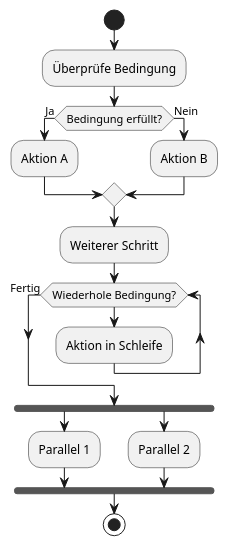
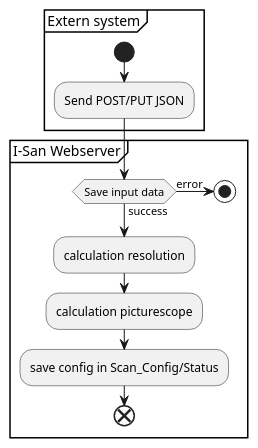
The second of 4 diagrams in docs/diagram/FlowDiagrams_API_Webserver.puml (Nr44suessauer/I-Scan), drawn with PlantUML before and after one commit. The commit also changed other lines of this file and 4 other files, not shown here.

Commit message:
update diagram scan config

```diff
--- a/docs/diagram/FlowDiagrams_API_Webserver.puml
+++ b/docs/diagram/FlowDiagrams_API_Webserver.puml
@@ -40,23 +40,22 @@
-@startuml Config lighting
-start
+@startuml Scan config
 
-:Überprüfe Bedingung;
-if (Bedingung erfüllt?) then (Ja)
-    :Aktion A;
-else (Nein)
-    :Aktion B;
+partition "Extern system" {
+    start
+    :Send POST/PUT JSON;
+}
+
+
+partition "I-San Webserver" {
+    if (Save input data) then (error)
+    stop
+else (success)
 endif
 
-:Weiterer Schritt;
-while (Wiederhole Bedingung?)
-    :Aktion in Schleife;
-endwhile (Fertig)
+:calculation resolution;
 
-fork
-    :Parallel 1;
-fork again
-    :Parallel 2;
-end fork
+:calculation picturescope;
 
-stop
+:save config in Scan_Config/Status;
+
+end 
 @enduml
```
